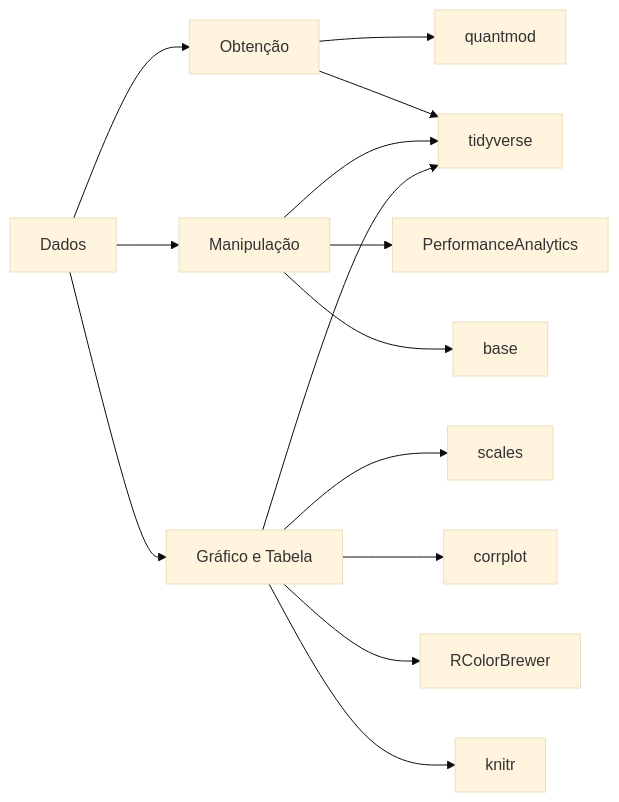
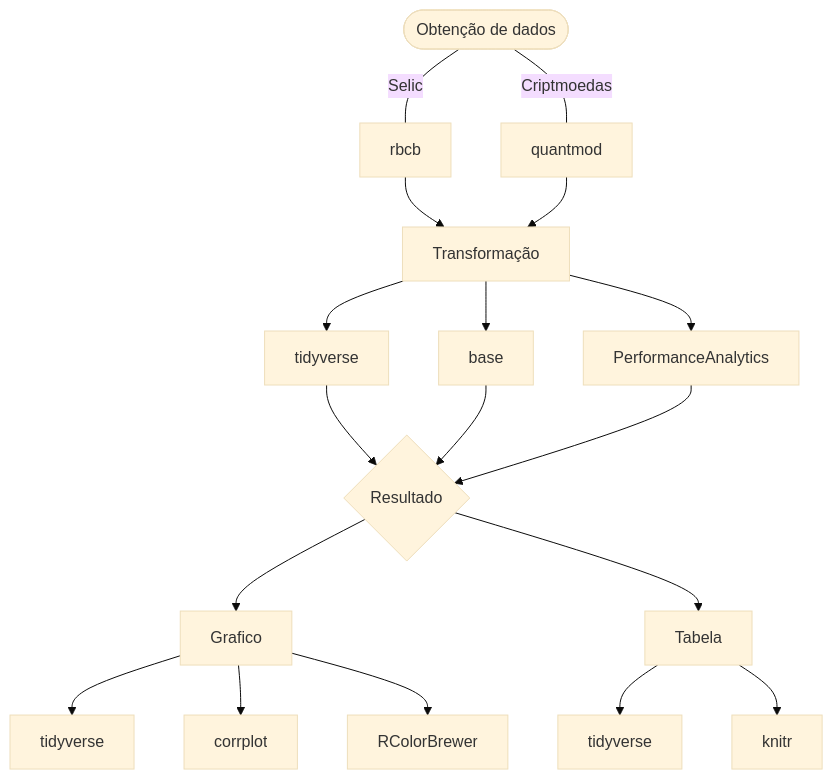
The diagram in R/TCC2.qmd (matheus-costa-dev/TCC), drawn with Mermaid (base theme) before and after one commit. The commit also changed other lines of this file and 86 other files, not shown here.

````diff
--- a/R/TCC2.qmd
+++ b/R/TCC2.qmd
@@ -240,17 +183,12 @@
 ```{mermaid}
-flowchart LR
-  A[Dados] --> B[Obtenção]
-  B --> E[quantmod]
-  B --> F[tidyverse]
-  A --> C[Manipulação]
-  C --> F
-  C --> G[PerformanceAnalytics]
-  C --> H[base]
-  A --> D[Gráfico e Tabela]
-  D --> F
-  D --> I[scales]
-  D --> J[corrplot]
-  D --> K[RColorBrewer]
-  D --> L[knitr]
+flowchart TD
+ a([Obtenção de dados]) ---|Selic| b[rbcb] 
+ a ---|Criptmoedas| c[quantmod] 
+ b & c --> d[Transformação]
+ d --> e[tidyverse] & f[base] & g[PerformanceAnalytics]
+ e & f & g --> h{Resultado}
+ h --> i[Grafico] & j[Tabela]
+ i --> k[tidyverse] & l[corrplot] & m[RColorBrewer]
+ j --> n[tidyverse] & o[knitr]
   
 ```
````
